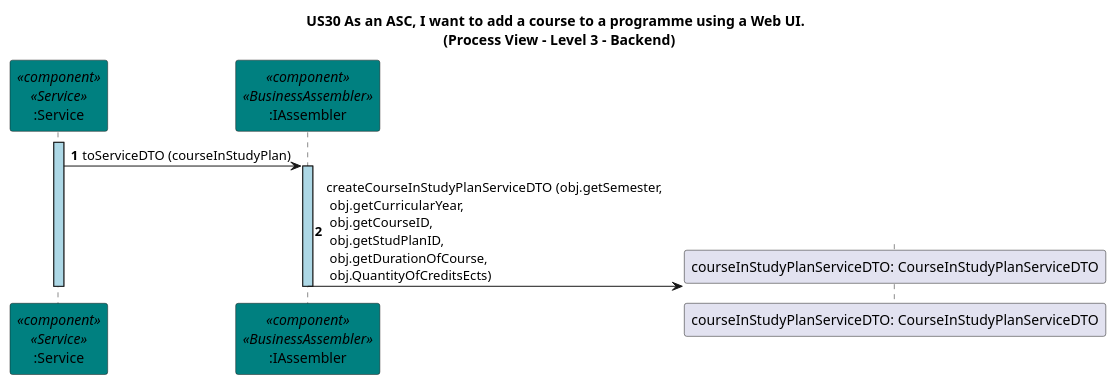
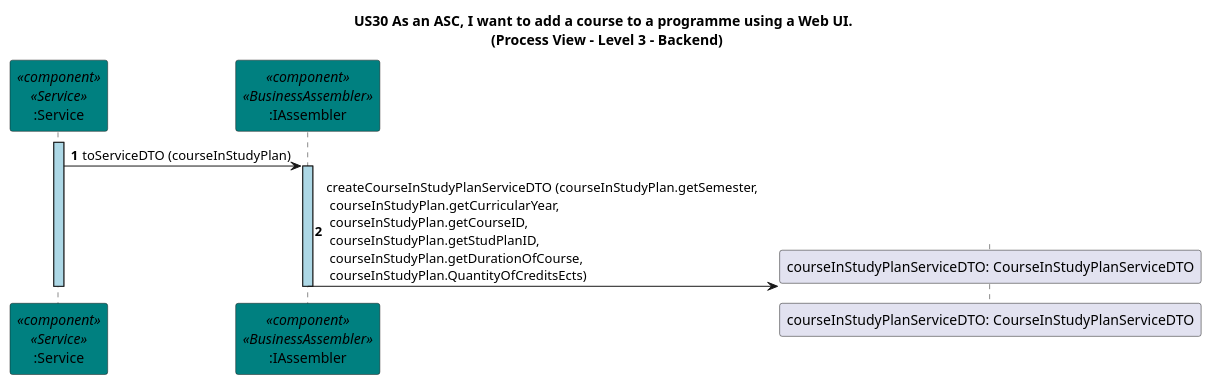
One commit to GasparISEP/DevOps-PAI changed the diagram in docs/US30/Sprint_6_REST_API/Process View/REF_Object2ServiceDTO.puml. Above: the diagram before and after it, drawn with PlantUML.

Commit message:
fix(REF_Object2ServiceDTO): correct small details, for better comprehension REF(#567, #569)

```diff
--- a/docs/US30/Sprint_6_REST_API/Process View/REF_Object2ServiceDTO.puml
+++ b/docs/US30/Sprint_6_REST_API/Process View/REF_Object2ServiceDTO.puml
@@ -1,24 +1,24 @@
 @startuml
 title US30 As an ASC, I want to add a course to a programme using a Web UI. \n (Process View - Level 3 - Backend)
 
 autonumber
 skinparam {
   ActivityPadding 2
   ActivityMargin 2
   BoxPadding 2
 }
 
 participant ":Service" as service <<component>> <<Service>> #teal
 participant ":IAssembler" as assembler <<component>> <<BusinessAssembler>> #teal
 
 activate service #LightBlue
 service -> assembler: toServiceDTO (courseInStudyPlan)
 
 activate assembler #LightBlue
 create "courseInStudyPlanServiceDTO: CourseInStudyPlanServiceDTO"
-assembler -> "courseInStudyPlanServiceDTO: CourseInStudyPlanServiceDTO": createCourseInStudyPlanServiceDTO (obj.getSemester,\n obj.getCurricularYear,\n obj.getCourseID,\n obj.getStudPlanID,\n obj.getDurationOfCourse,\n obj.QuantityOfCreditsEcts)
+assembler -> "courseInStudyPlanServiceDTO: CourseInStudyPlanServiceDTO": createCourseInStudyPlanServiceDTO (courseInStudyPlan.getSemester,\n courseInStudyPlan.getCurricularYear,\n courseInStudyPlan.getCourseID,\n courseInStudyPlan.getStudPlanID,\n courseInStudyPlan.getDurationOfCourse,\n courseInStudyPlan.QuantityOfCreditsEcts)
 
 deactivate assembler
 deactivate service
 
 @enduml
```
